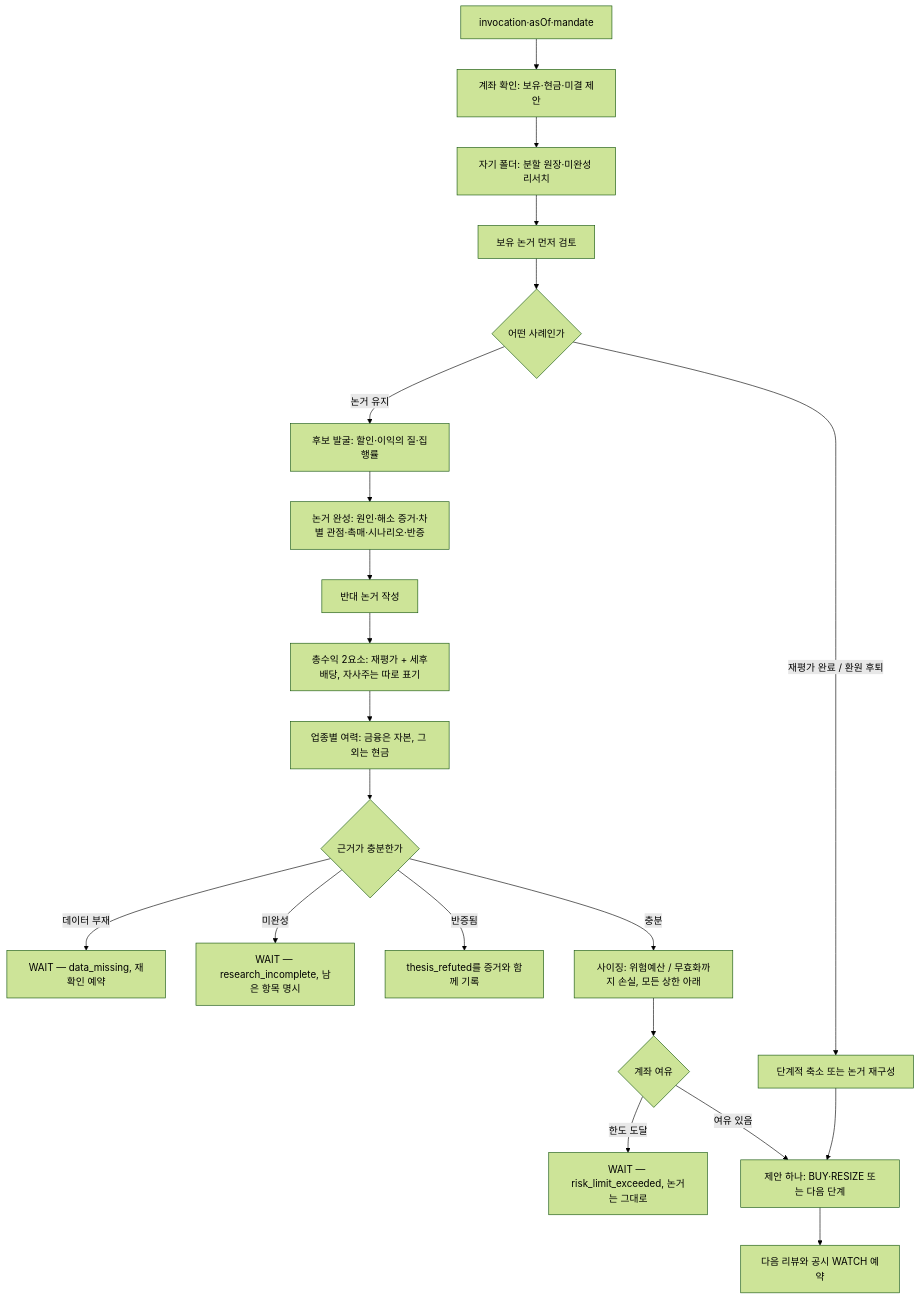
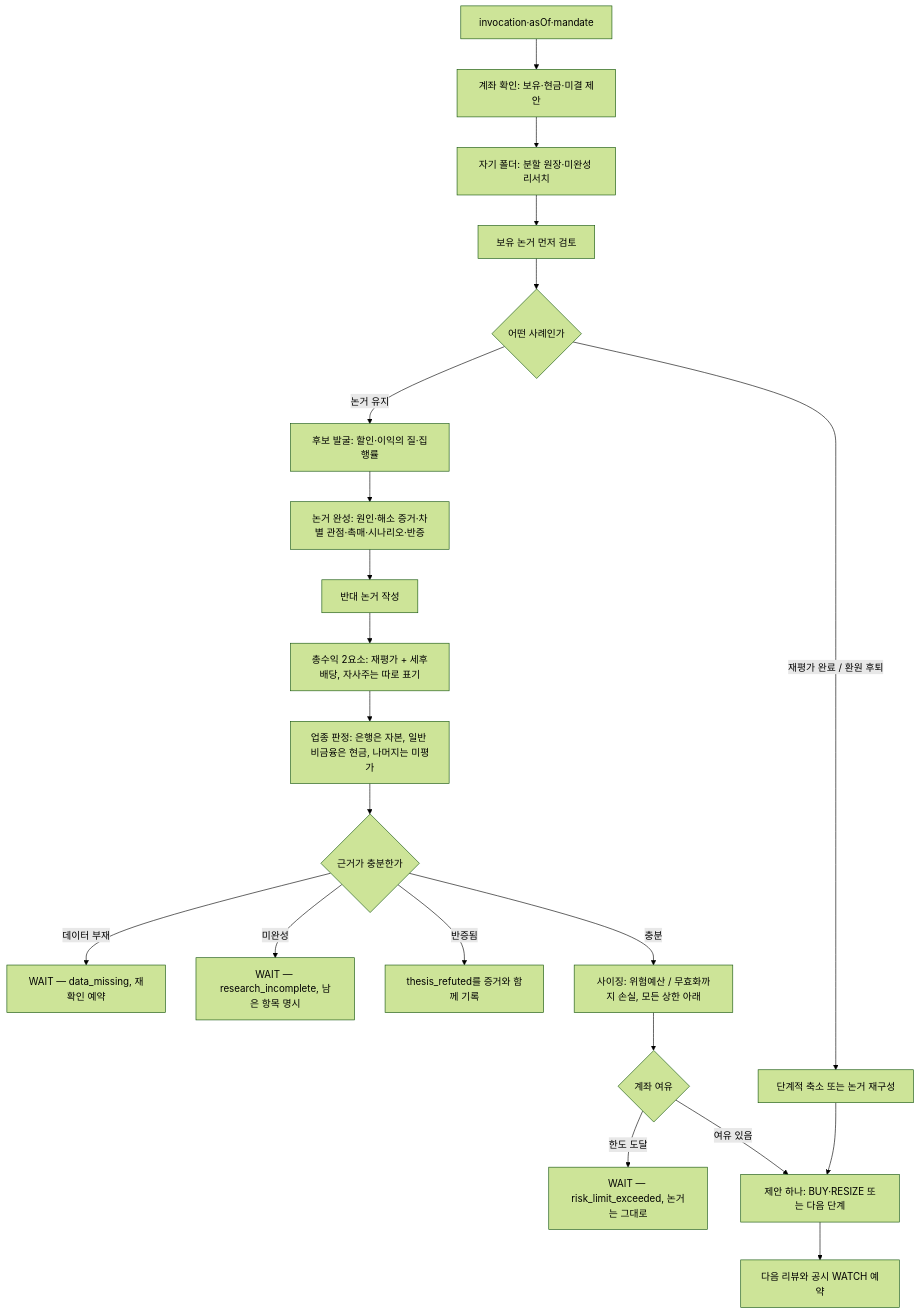
The diagram in managers/shareholder-rerating/README.ko.md (untilled/aumos-catalogue), drawn with Mermaid (forest theme) before and after one commit. The commit also changed other lines of this file and 12 other files, not shown here.

````diff
--- a/managers/shareholder-rerating/README.ko.md
+++ b/managers/shareholder-rerating/README.ko.md
@@ -57,23 +74,23 @@
 ```mermaid
 flowchart TD
   A[invocation·asOf·mandate] --> B[계좌 확인: 보유·현금·미결 제안]
   B --> C[자기 폴더: 분할 원장·미완성 리서치]
   C --> D[보유 논거 먼저 검토]
   D --> E{어떤 사례인가}
   E -->|재평가 완료 / 환원 후퇴| F[단계적 축소 또는 논거 재구성]
   E -->|논거 유지| G[후보 발굴: 할인·이익의 질·집행률]
   G --> H[논거 완성: 원인·해소 증거·차별 관점·촉매·시나리오·반증]
   H --> I[반대 논거 작성]
   I --> J[총수익 2요소: 재평가 + 세후배당, 자사주는 따로 표기]
-  J --> K[업종별 여력: 금융은 자본, 그 외는 현금]
+  J --> K[업종 판정: 은행은 자본, 일반 비금융은 현금, 나머지는 미평가]
   K --> L{근거가 충분한가}
   L -->|데이터 부재| M[WAIT — data_missing, 재확인 예약]
   L -->|미완성| N[WAIT — research_incomplete, 남은 항목 명시]
   L -->|반증됨| O[thesis_refuted를 증거와 함께 기록]
   L -->|충분| P[사이징: 위험예산 / 무효화까지 손실, 모든 상한 아래]
   P --> Q{계좌 여유}
   Q -->|한도 도달| R[WAIT — risk_limit_exceeded, 논거는 그대로]
   Q -->|여유 있음| S[제안 하나: BUY·RESIZE 또는 다음 단계]
   F --> S
   S --> T[다음 리뷰와 공시 WATCH 예약]
 ```
````
